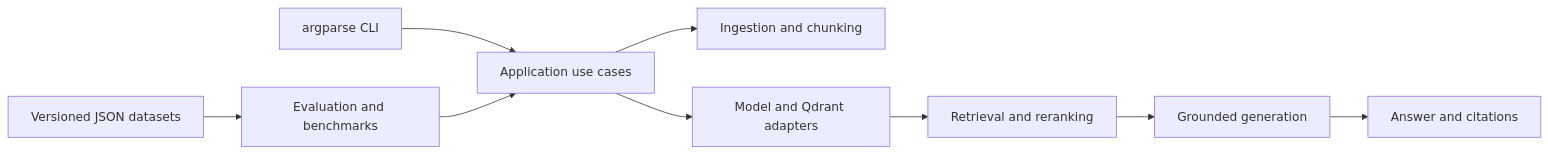
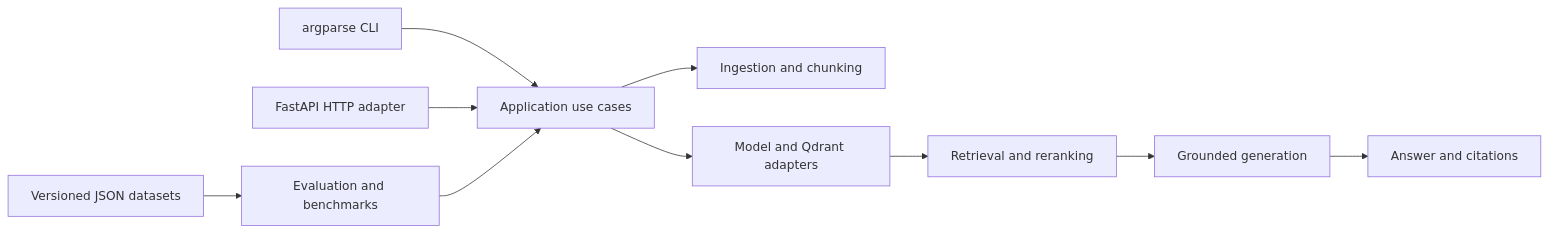
The diagram in TECHNICAL_MANUAL.md (Mojobra/rag-pipeline), drawn with Mermaid before and after one commit. The commit also changed other lines of this file and 21 other files, not shown here.

Commit message:
feat(api): add local read-only FastAPI query service

````diff
--- a/TECHNICAL_MANUAL.md
+++ b/TECHNICAL_MANUAL.md
@@ -162,11 +173,12 @@
 ```mermaid
 flowchart LR
     CLI["argparse CLI"] --> APP["Application use cases"]
+    API["FastAPI HTTP adapter"] --> APP
     APP --> ING["Ingestion and chunking"]
     APP --> INF["Model and Qdrant adapters"]
     INF --> RET["Retrieval and reranking"]
     RET --> GEN["Grounded generation"]
     DATA["Versioned JSON datasets"] --> EVAL["Evaluation and benchmarks"]
     EVAL --> APP
     GEN --> OUT["Answer and citations"]
 ```
````
